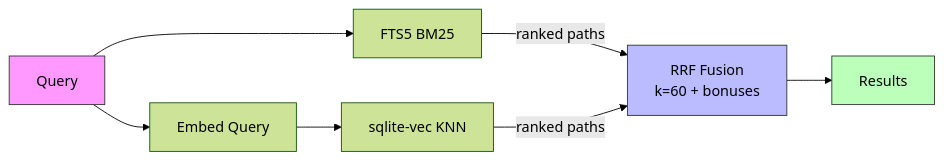
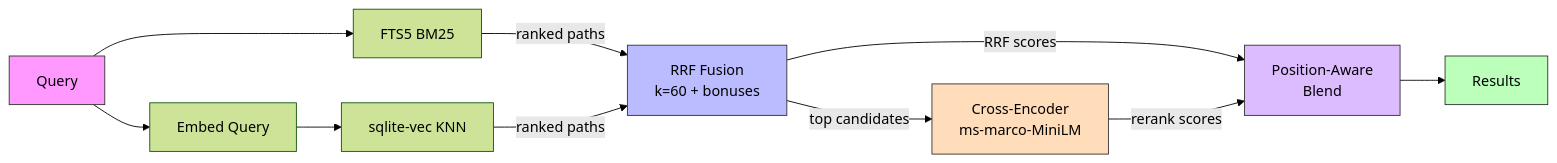
One commit to aliasunder/vault-cortex changed the fourth of 5 diagrams in ARCHITECTURE.md. Above: the diagram before and after it, drawn with Mermaid (forest theme). The commit also changed other lines of this file and 26 other files, not shown here.

Commit message:
feat(search): add cross-encoder reranker with position-aware score blending (#235)

````diff
--- a/ARCHITECTURE.md
+++ b/ARCHITECTURE.md
@@ -283,13 +291,18 @@
 ```mermaid
 flowchart LR
     Q[Query] --> FTS[FTS5 BM25]
     Q --> EMB[Embed Query]
     EMB --> KNN[sqlite-vec KNN]
     FTS --> |ranked paths| RRF[RRF Fusion\nk=60 + bonuses]
     KNN --> |ranked paths| RRF
-    RRF --> R[Results]
+    RRF --> |top candidates| CE[Cross-Encoder\nms-marco-MiniLM]
+    RRF --> |RRF scores| BL[Position-Aware\nBlend]
+    CE --> |rerank scores| BL
+    BL --> R[Results]
 
     style Q fill:#f9f,stroke:#333
     style RRF fill:#bbf,stroke:#333
+    style CE fill:#fdb,stroke:#333
+    style BL fill:#dbf,stroke:#333
     style R fill:#bfb,stroke:#333
 ```
````
